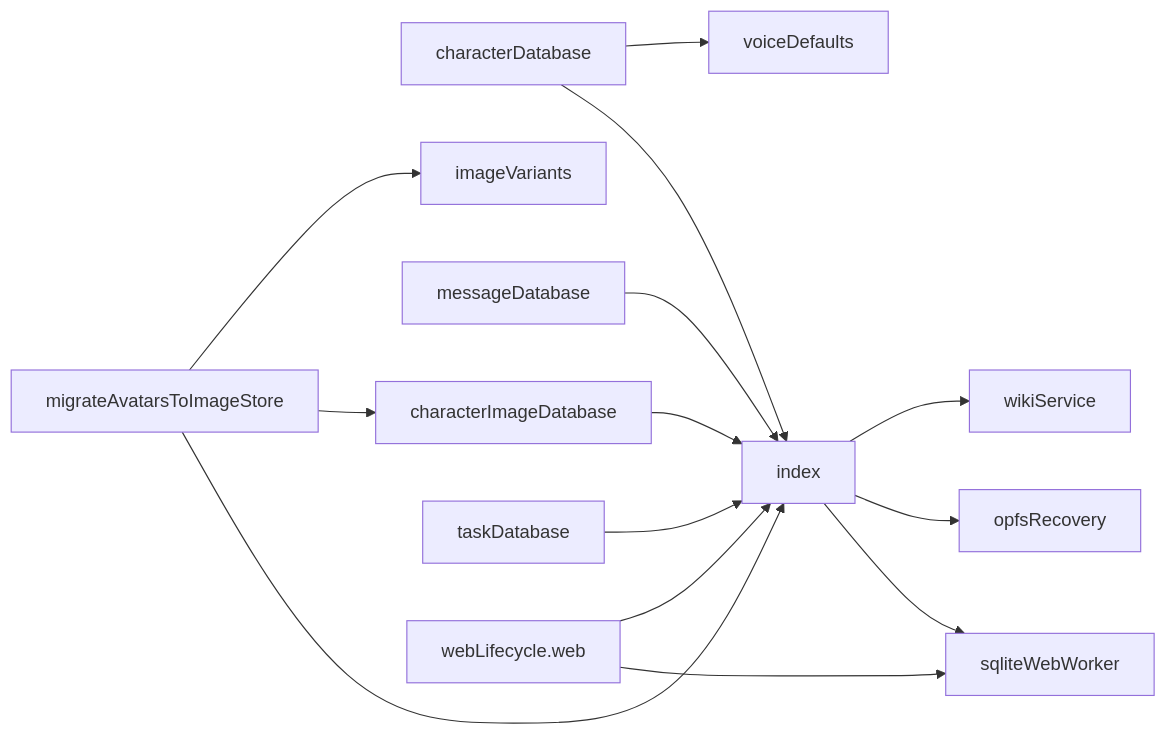
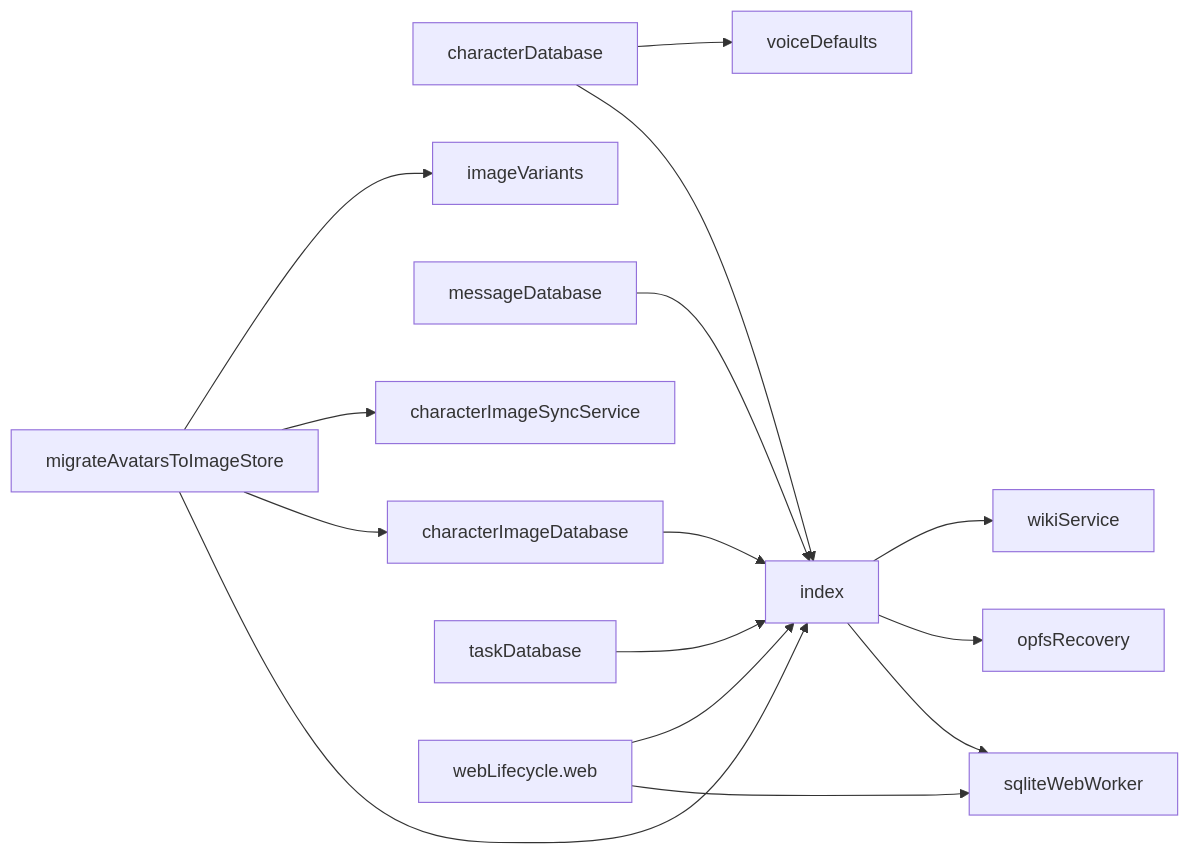
Before and after one commit to equationalapplications/clanker: the diagram in docs/flowcharts/DATABASE.md, drawn with Mermaid. The commit also changed 11 other files, not shown here.

````diff
--- a/docs/flowcharts/DATABASE.md
+++ b/docs/flowcharts/DATABASE.md
@@ -4,16 +4,17 @@
 ```mermaid
 graph LR
   characterDatabase --> index
   characterDatabase --> voiceDefaults
   characterImageDatabase --> index
   index --> sqliteWebWorker
   index --> opfsRecovery
   index --> wikiService
   messageDatabase --> index
   migrateAvatarsToImageStore --> index
   migrateAvatarsToImageStore --> characterImageDatabase
+  migrateAvatarsToImageStore --> characterImageSyncService
   migrateAvatarsToImageStore --> imageVariants
   taskDatabase --> index
   webLifecycle.web --> sqliteWebWorker
   webLifecycle.web --> index
 ```
````
